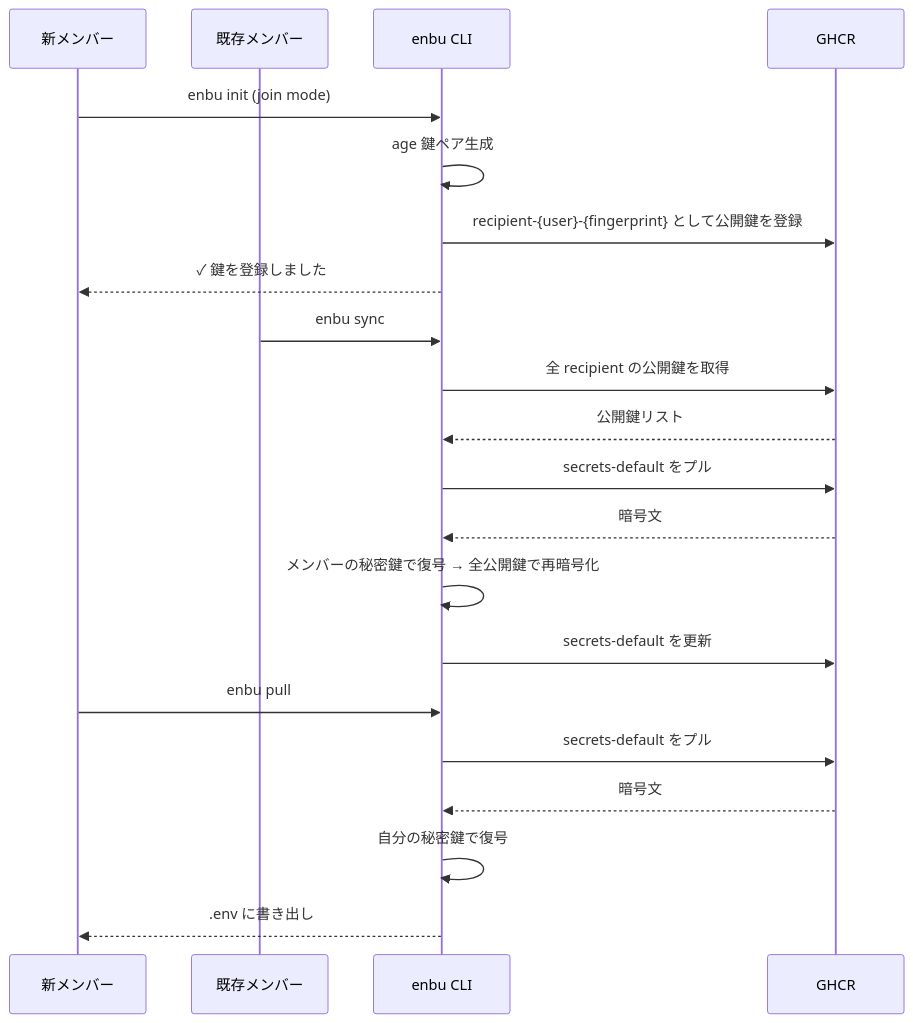
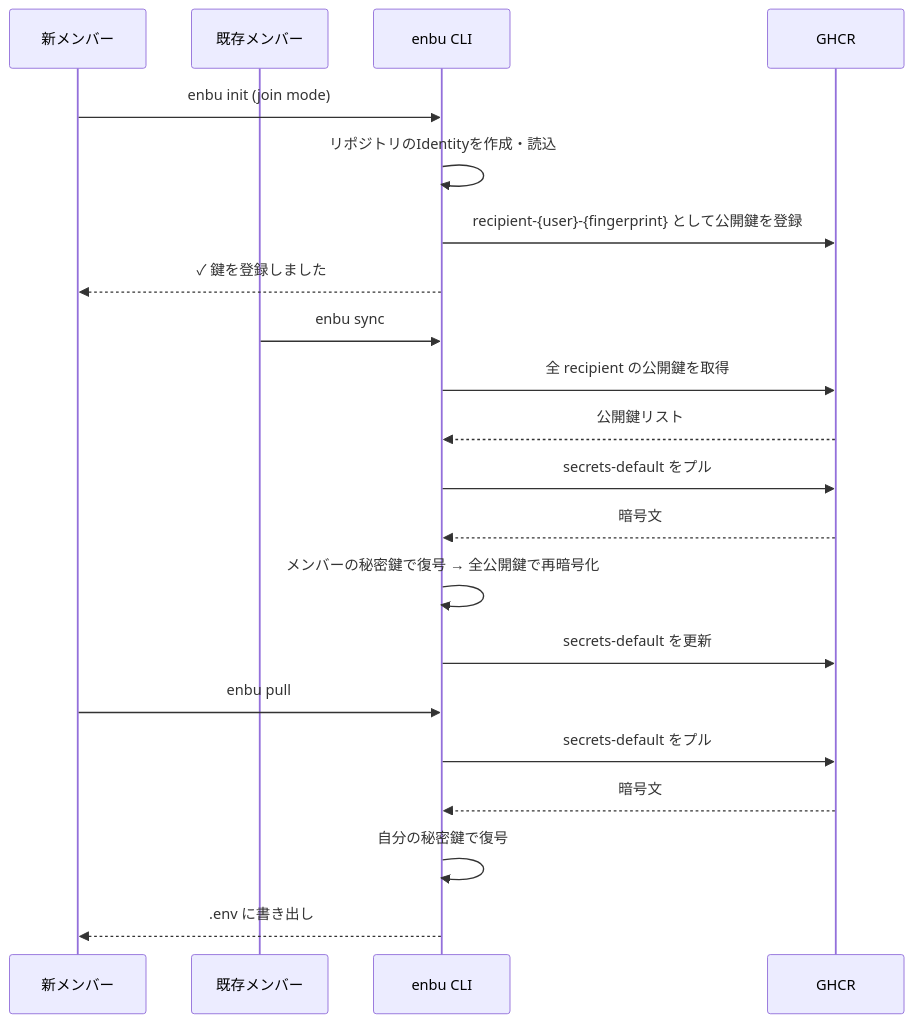
One commit to enbu-net/enbu changed the third of 3 diagrams in README.ja.md. Above: the diagram before and after it, drawn with Mermaid. The commit also changed other lines of this file and 60 other files, not shown here.

````diff
--- a/README.ja.md
+++ b/README.ja.md
@@ -226,26 +248,26 @@
 ```mermaid
 sequenceDiagram
     participant New as 新メンバー
     participant Member as 既存メンバー
     participant CLI as enbu CLI
     participant GHCR as GHCR
 
     New->>CLI: enbu init (join mode)
-    CLI->>CLI: age 鍵ペア生成
+    CLI->>CLI: リポジトリのIdentityを作成・読込
     CLI->>GHCR: recipient-{user}-{fingerprint} として公開鍵を登録
     CLI-->>New: ✓ 鍵を登録しました
 
     Member->>CLI: enbu sync
     CLI->>GHCR: 全 recipient の公開鍵を取得
     GHCR-->>CLI: 公開鍵リスト
     CLI->>GHCR: secrets-default をプル
     GHCR-->>CLI: 暗号文
     CLI->>CLI: メンバーの秘密鍵で復号 → 全公開鍵で再暗号化
     CLI->>GHCR: secrets-default を更新
 
     New->>CLI: enbu pull
     CLI->>GHCR: secrets-default をプル
     GHCR-->>CLI: 暗号文
     CLI->>CLI: 自分の秘密鍵で復号
     CLI-->>New: .env に書き出し
 ```
````
